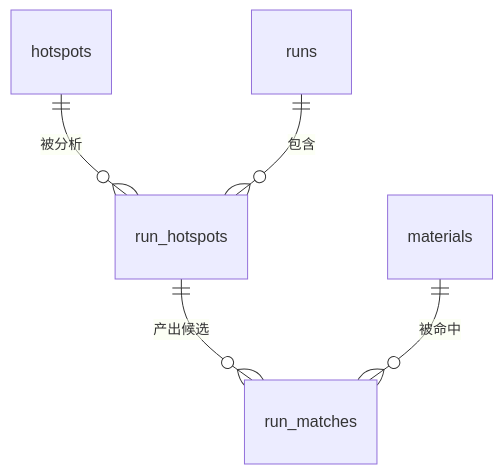
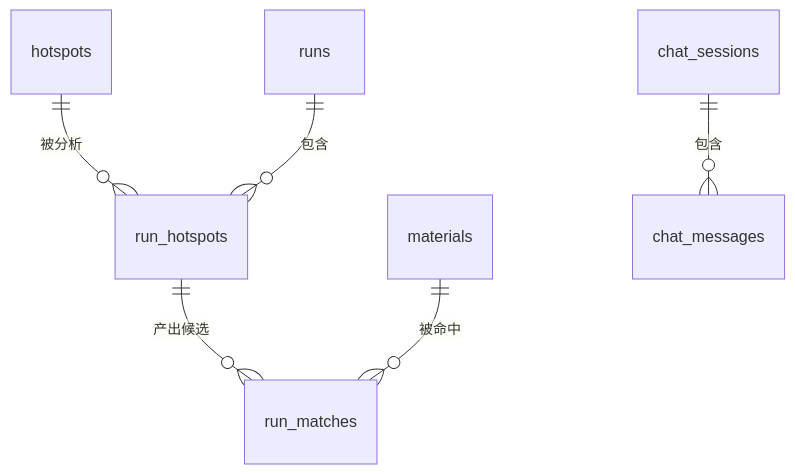
The diagram in docs/contracts/数据契约.md (bydbo/-redbookfire-agent), drawn with Mermaid before and after one commit. The commit also changed other lines of this file and 10 other files, not shown here.

````diff
--- a/docs/contracts/数据契约.md
+++ b/docs/contracts/数据契约.md
@@ -23,7 +23,8 @@
 ```mermaid
 erDiagram
     hotspots     ||--o{ run_hotspots : "被分析"
     runs         ||--o{ run_hotspots : "包含"
     run_hotspots ||--o{ run_matches  : "产出候选"
     materials    ||--o{ run_matches  : "被命中"
+    chat_sessions ||--o{ chat_messages : "包含"
 ```
````
